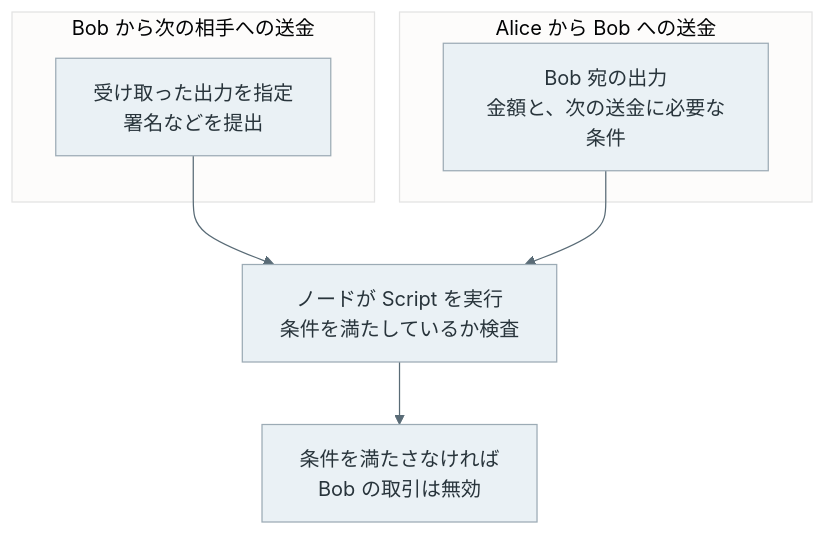
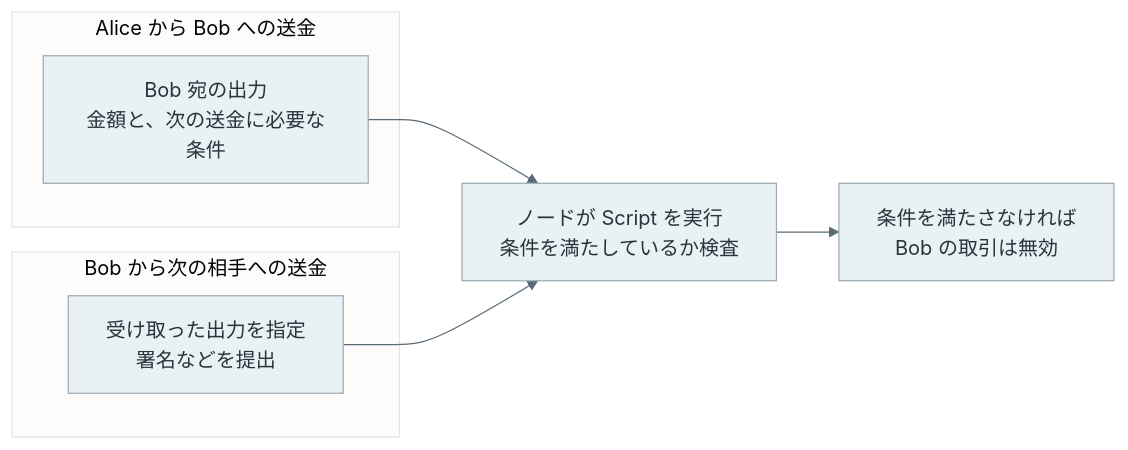
Before and after one commit to nao1215/debimate: the first of 4 diagrams in content/notes/blockchain-systems/bitcoin-script/index.md, drawn with Mermaid. The commit also changed other lines of this file and 32 other files, not shown here.

````diff
--- a/content/notes/blockchain-systems/bitcoin-script/index.md
+++ b/content/notes/blockchain-systems/bitcoin-script/index.md
@@ -17,14 +17,14 @@
 ```mermaid
 %%{init: {"theme":"base","themeVariables":{"primaryColor":"#eaf1f5","primaryTextColor":"#28343b","primaryBorderColor":"#9cabb5","lineColor":"#596b76","textColor":"#28343b","actorBkg":"#eaf1f5","actorBorder":"#9cabb5","actorTextColor":"#28343b","actorLineColor":"#9cabb5","signalColor":"#596b76","signalTextColor":"#28343b","noteBkgColor":"#f7f1e5","noteBorderColor":"#c5b99b","noteTextColor":"#403c32","activationBkgColor":"#edf3ef","activationBorderColor":"#9aafa1"}}}%%
-flowchart TD
+flowchart LR
     subgraph OUT["Alice から Bob への送金"]
         L["Bob 宛の出力<br/>金額と、次の送金に必要な条件"]
     end
     subgraph IN["Bob から次の相手への送金"]
         U["受け取った出力を指定<br/>署名などを提出"]
     end
-    U --> E["ノードが Script を実行<br/>条件を満たしているか検査"]
-    L --> E
+    L --> E["ノードが Script を実行<br/>条件を満たしているか検査"]
+    U --> E
     E --> R["条件を満たさなければ<br/>Bob の取引は無効"]
     classDef default fill:#eaf1f5,stroke:#9cabb5,color:#28343b;
 ```
````
